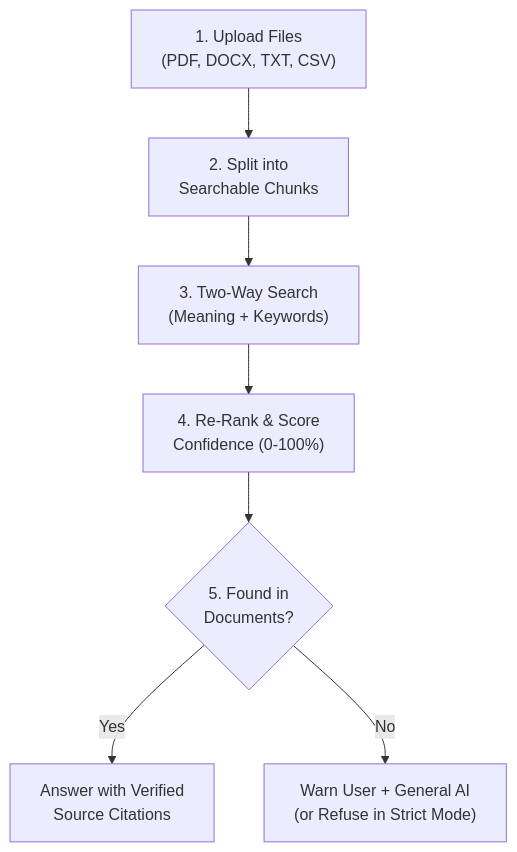
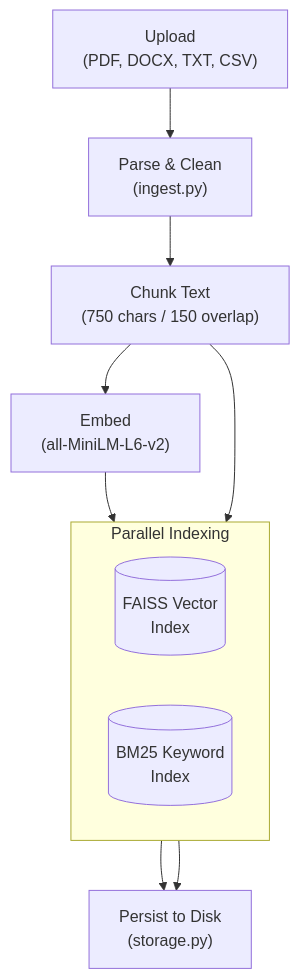
One commit to ahemadraza31/veridoc-hybrid-rag changed the first of 2 diagrams in README.md. Above: the diagram before and after it, drawn with Mermaid. The commit also changed other lines of this file and 2 other files, not shown here.

Commit message:
docs: rewrite README with engineering details, dual Mermaid diagrams, MIT license, and .env.example

````diff
--- a/README.md
+++ b/README.md
@@ -22,9 +35,15 @@
 ```mermaid
-flowchart TD
-    A["1. Upload Files\n(PDF, DOCX, TXT, CSV)"] --> B["2. Split into\nSearchable Chunks"]
-    B --> C["3. Two-Way Search\n(Meaning + Keywords)"]
-    C --> D["4. Re-Rank & Score\nConfidence (0-100%)"]
-    D --> E{"5. Found in\nDocuments?"}
-    E -- "Yes" --> F["Answer with Verified\nSource Citations"]
-    E -- "No" --> G["Warn User + General AI\n(or Refuse in Strict Mode)"]
+flowchart TB
+    A["Upload\n(PDF, DOCX, TXT, CSV)"] --> B["Parse & Clean\n(ingest.py)"]
+    B --> C["Chunk Text\n(750 chars / 150 overlap)"]
+    C --> D["Embed\n(all-MiniLM-L6-v2)"]
+    subgraph Indexing ["Parallel Indexing"]
+        direction LR
+        E[("FAISS Vector\nIndex")]
+        F[("BM25 Keyword\nIndex")]
+    end
+    D --> E
+    C --> F
+    E --> G["Persist to Disk\n(storage.py)"]
+    F --> G
 ```
````
